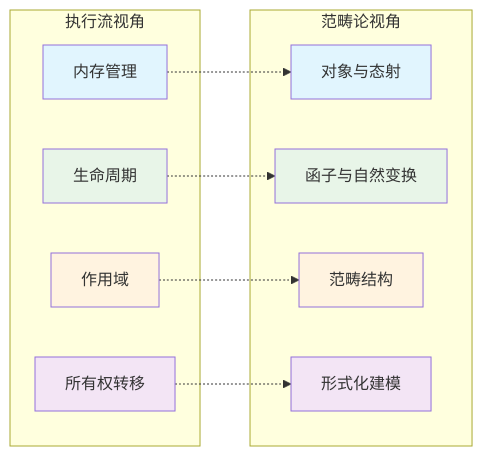
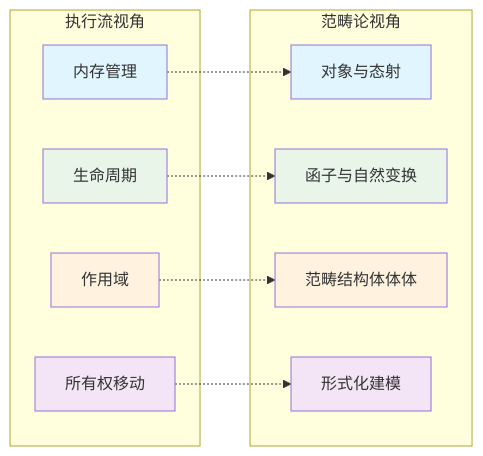
The second of 3 diagrams in formal_rust/refactor/01_core_theory/01_variable_system/03_comparative_analysis.md (martin-ly/rust-lang), drawn with Mermaid before and after one commit. The commit also changed other lines of this file and 5740 other files, not shown here.

````diff
--- a/formal_rust/refactor/01_core_theory/01_variable_system/03_comparative_analysis.md
+++ b/formal_rust/refactor/01_core_theory/01_variable_system/03_comparative_analysis.md
@@ -146,30 +146,30 @@
 ```mermaid
 graph LR
     subgraph "执行流视角"
         A1[内存管理]
         A2[生命周期]
         A3[作用域]
-        A4[所有权转移]
+        A4[所有权移动]
     end
     
     subgraph "范畴论视角"
         B1[对象与态射]
         B2[函子与自然变换]
-        B3[范畴结构]
+        B3[范畴结构体体体]
         B4[形式化建模]
     end
     
     A1 -.-> B1
     A2 -.-> B2
     A3 -.-> B3
     A4 -.-> B4
     
     style A1 fill:#e1f5fe
     style A2 fill:#e8f5e8
     style A3 fill:#fff3e0
     style A4 fill:#f3e5f5
     style B1 fill:#e1f5fe
     style B2 fill:#e8f5e8
     style B3 fill:#fff3e0
     style B4 fill:#f3e5f5
 ```
````
